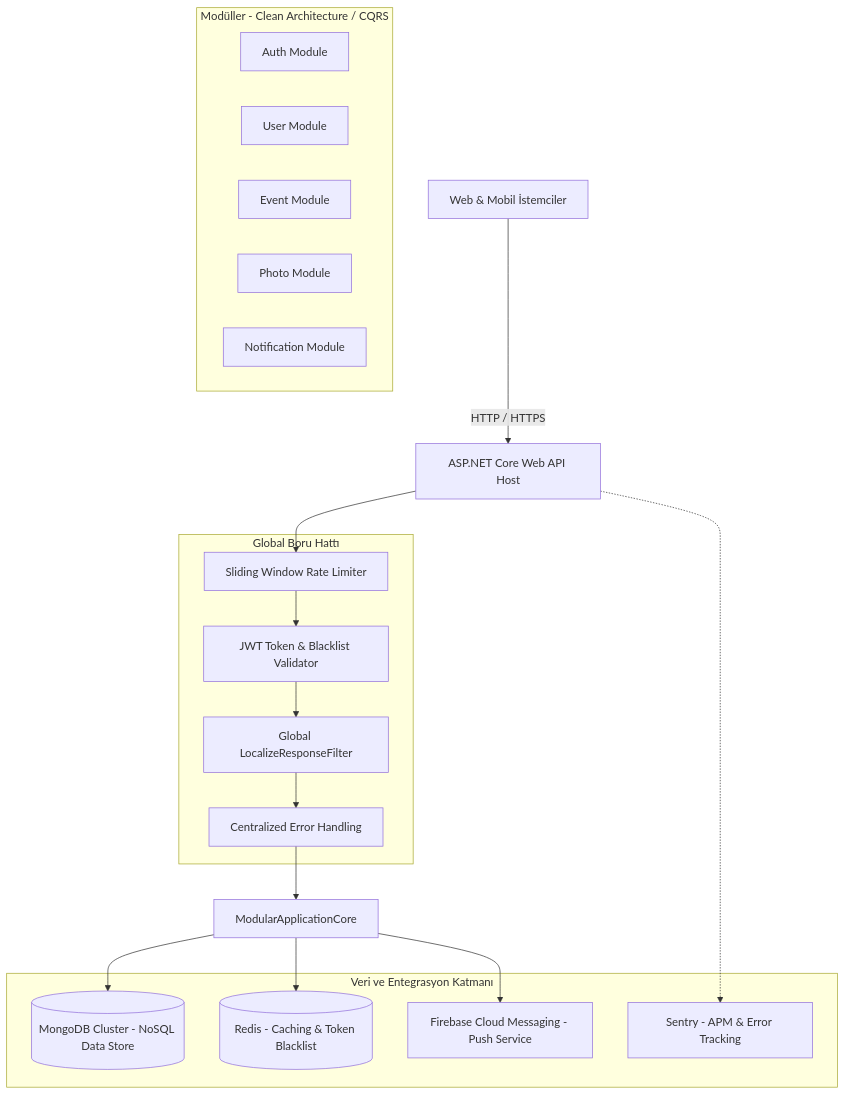
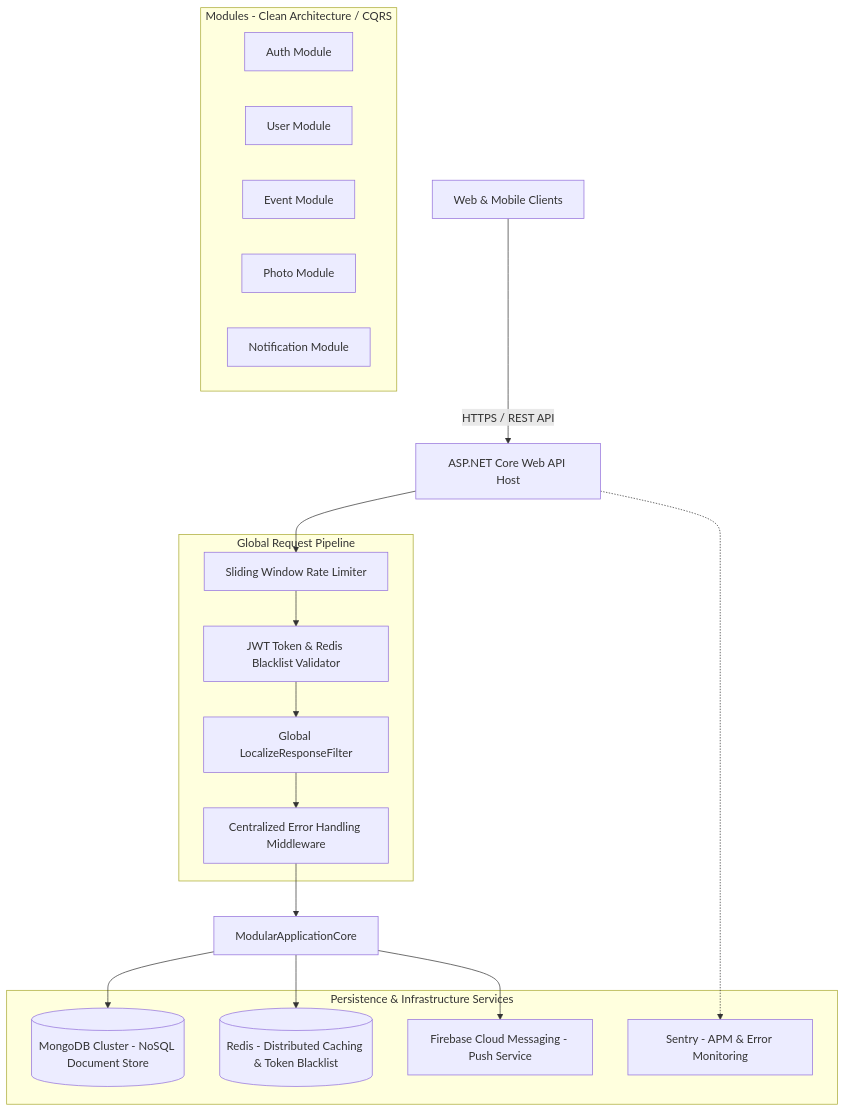
Before and after one commit to Rumeysapat/-didiyos-backend-showcase: the first of 2 diagrams in README.md, drawn with Mermaid. The commit also changed other lines of this file and 1 other file, not shown here.

````diff
--- a/README.md
+++ b/README.md
@@ -74,35 +79,35 @@
 ```mermaid
 graph TD
-    Client[Web & Mobil İstemciler] -->|HTTP / HTTPS| Gateway[ASP.NET Core Web API Host]
+    Client[Web & Mobile Clients] -->|HTTPS / REST API| Gateway[ASP.NET Core Web API Host]
     
-    subgraph Middlewares & Filters [Global Boru Hattı]
+    subgraph Middlewares & Filters [Global Request Pipeline]
         RateLimit[Sliding Window Rate Limiter]
-        AuthN[JWT Token & Blacklist Validator]
+        AuthN[JWT Token & Redis Blacklist Validator]
         LangFilter[Global LocalizeResponseFilter]
-        ErrMiddleware[Centralized Error Handling]
+        ErrMiddleware[Centralized Error Handling Middleware]
     end
 
     Gateway --> RateLimit --> AuthN --> LangFilter --> ErrMiddleware
 
-    subgraph Modular Application Core [Modüller - Clean Architecture / CQRS]
+    subgraph Modular Application Core [Modules - Clean Architecture / CQRS]
         AuthMod[Auth Module]
         UserMod[User Module]
         EventMod[Event Module]
         PhotoMod[Photo Module]
         NotifMod[Notification Module]
     end
 
     ErrMiddleware --> ModularApplicationCore
 
-    subgraph Data & Cache Tier [Veri ve Entegrasyon Katmanı]
-        MongoDB[(MongoDB Cluster - NoSQL Data Store)]
-        Redis[(Redis - Caching & Token Blacklist)]
+    subgraph Data & Integration Tier [Persistence & Infrastructure Services]
+        MongoDB[(MongoDB Cluster - NoSQL Document Store)]
+        Redis[(Redis - Distributed Caching & Token Blacklist)]
         FCM[Firebase Cloud Messaging - Push Service]
-        Sentry[Sentry - APM & Error Tracking]
+        Sentry[Sentry - APM & Error Monitoring]
     end
 
     ModularApplicationCore --> MongoDB
     ModularApplicationCore --> Redis
     ModularApplicationCore --> FCM
     Gateway -.-> Sentry
 ```
````
